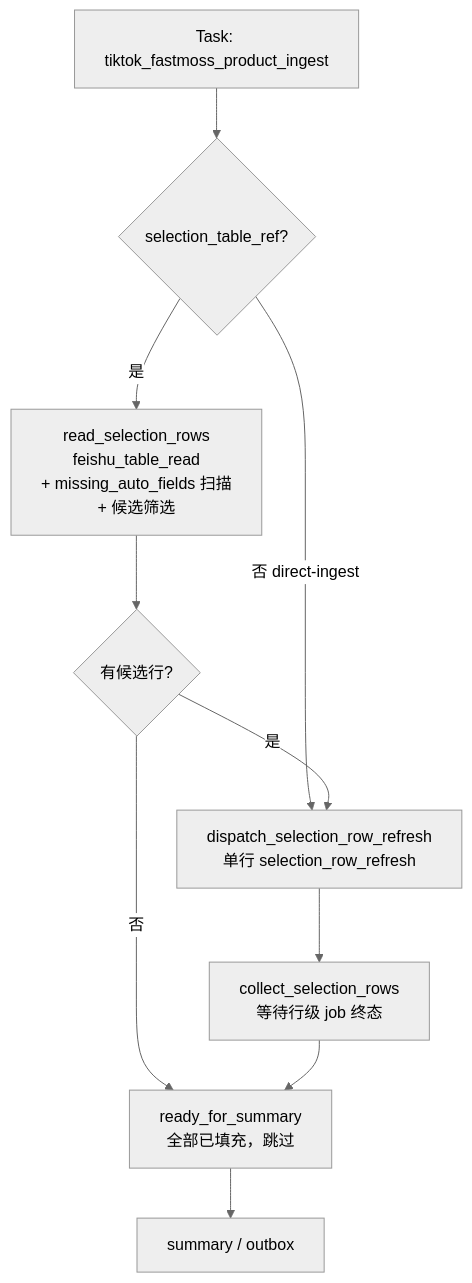
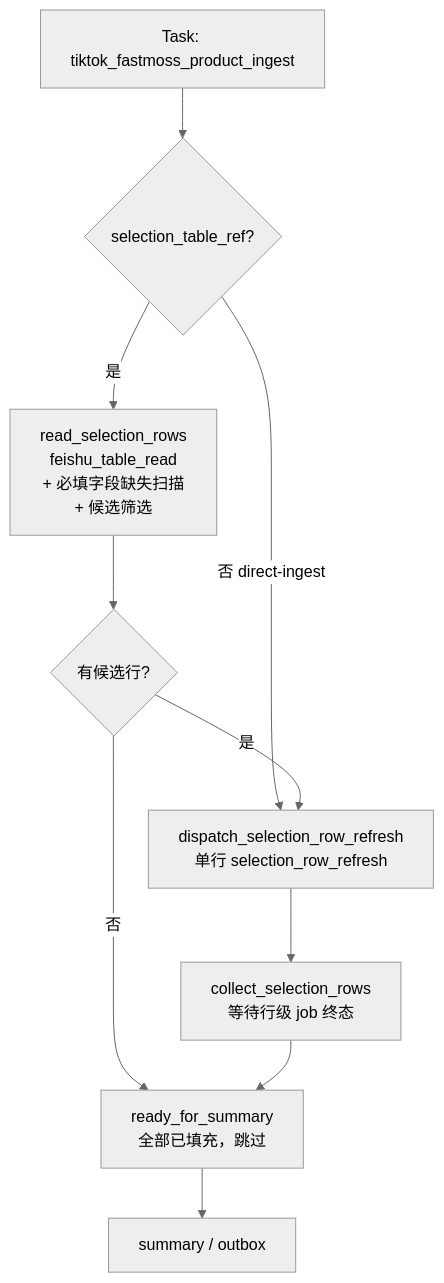
The first of 4 diagrams in docs/arch/workflow-selection-table-expand-design.md (knighterrantsky/mujitask), drawn with Mermaid (neutral theme) before and after one commit. The commit also changed other lines of this file and 39 other files, not shown here.

````diff
--- a/docs/arch/workflow-selection-table-expand-design.md
+++ b/docs/arch/workflow-selection-table-expand-design.md
@@ -44,12 +44,12 @@
 ```mermaid
 flowchart TD
     A["Task: tiktok_fastmoss_product_ingest"] --> B{"selection_table_ref?"}
-    B -->|是| C["read_selection_rows<br/>feishu_table_read<br/>+ missing_auto_fields 扫描<br/>+ 候选筛选"]
+    B -->|是| C["read_selection_rows<br/>feishu_table_read<br/>+ 必填字段缺失扫描<br/>+ 候选筛选"]
     B -->|否 direct-ingest| D["dispatch_selection_row_refresh<br/>单行 selection_row_refresh"]
     C --> C1{"有候选行?"}
     C1 -->|是| D
     C1 -->|否| E["ready_for_summary<br/>全部已填充，跳过"]
     D --> F["collect_selection_rows<br/>等待行级 job 终态"]
     F --> E
     E --> G["summary / outbox"]
 ```
````
